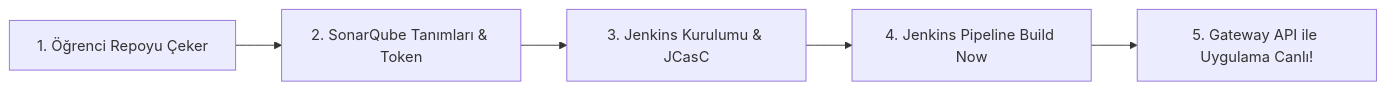
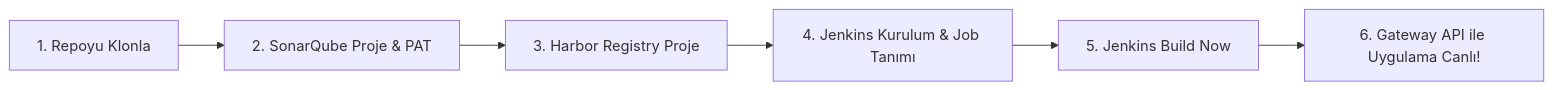
Before and after one commit to devopsatolyesi-labs/ecommerce-kind-gateway-cicd: the diagram in README.md, drawn with Mermaid. The commit also changed other lines of this file, not shown here.

Commit message:
docs: provide complete dual-track (UI click-by-click + CLI automation) guide for SonarQube, Harbor, Jenkins and Gateway API

````diff
--- a/README.md
+++ b/README.md
@@ -25,7 +27,8 @@
 ```mermaid
 flowchart LR
-    A[1. Öğrenci Repoyu Çeker] --> B[2. SonarQube Tanımları & Token]
-    B --> C[3. Jenkins Kurulumu & JCasC]
-    C --> D[4. Jenkins Pipeline Build Now]
-    D --> E[5. Gateway API ile Uygulama Canlı!]
+    A[1. Repoyu Klonla] --> B[2. SonarQube Proje & PAT]
+    B --> C[3. Harbor Registry Proje]
+    C --> D[4. Jenkins Kurulum & Job Tanımı]
+    D --> E[5. Jenkins Build Now]
+    E --> F[6. Gateway API ile Uygulama Canlı!]
 ```
````
